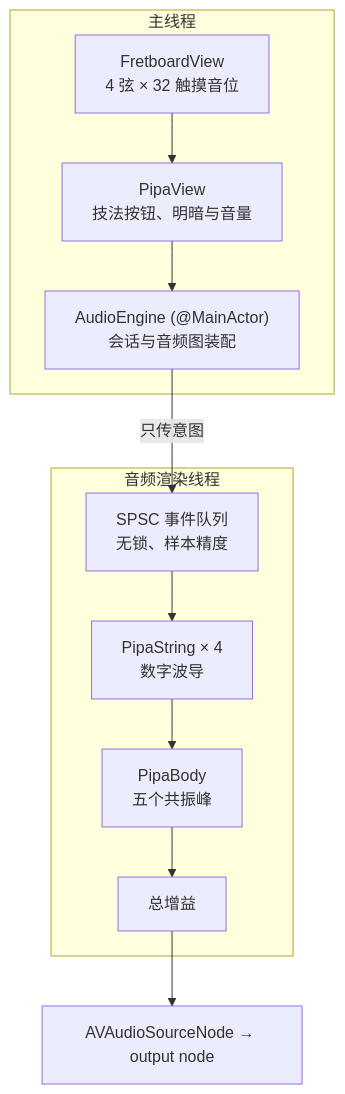
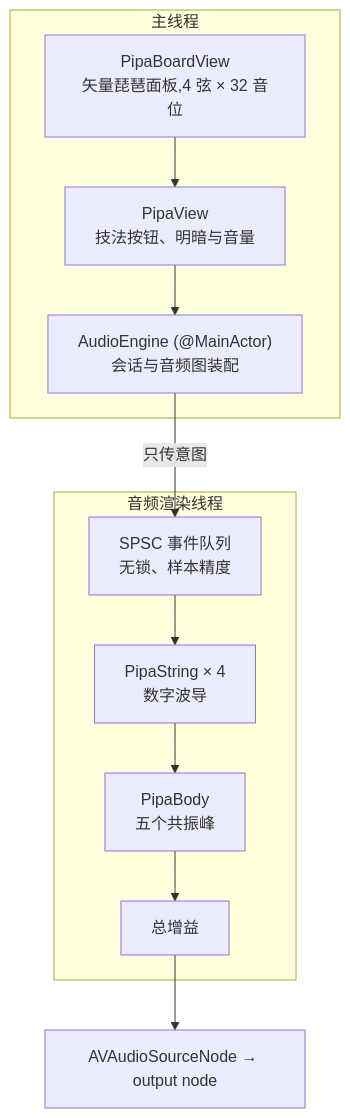
Before and after one commit to ZehuiWU2009/ElectricPipa: the second of 2 diagrams in README.md, drawn with Mermaid. The commit also changed other lines of this file and 4 other files, not shown here.

````diff
--- a/README.md
+++ b/README.md
@@ -344,21 +353,21 @@
 ```mermaid
 flowchart TB
     subgraph MAIN ["主线程"]
-        U1["FretboardView<br/>4 弦 × 32 触摸音位"]
+        U1["PipaBoardView<br/>矢量琵琶面板,4 弦 × 32 音位"]
         U2["PipaView<br/>技法按钮、明暗与音量"]
         U3["AudioEngine (@MainActor)<br/>会话与音频图装配"]
     end
     subgraph AUDIO ["音频渲染线程"]
         Q["SPSC 事件队列<br/>无锁、样本精度"]
         S1["PipaString × 4<br/>数字波导"]
         B["PipaBody<br/>五个共振峰"]
         G["总增益"]
     end
     U1 --> U2
     U2 --> U3
     U3 -->|"只传意图"| Q
     Q --> S1
     S1 --> B
     B --> G
     G --> OUT["AVAudioSourceNode → output node"]
 ```
````
